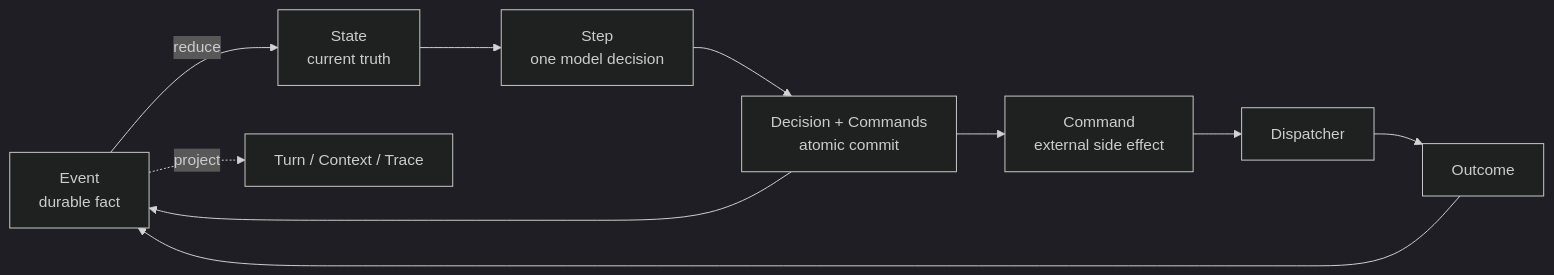
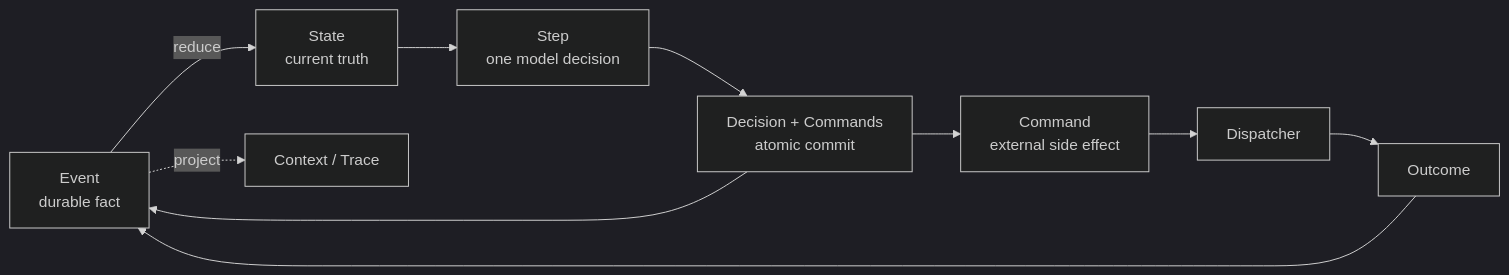
Before and after one commit to firetoweak/helperMe: the diagram in README.md, drawn with Mermaid (dark theme). The commit also changed other lines of this file and 4 other files, not shown here.

````diff
--- a/README.md
+++ b/README.md
@@ -114,12 +114,12 @@
 ```mermaid
 flowchart LR
     Event["Event<br/>durable fact"] -->|reduce| State["State<br/>current truth"]
     State --> Step["Step<br/>one model decision"]
     Step --> Commit["Decision + Commands<br/>atomic commit"]
     Commit --> Event
     Commit --> Command["Command<br/>external side effect"]
     Command --> Dispatcher["Dispatcher"]
     Dispatcher --> Outcome["Outcome"]
     Outcome --> Event
-    Event -. project .-> Views["Turn / Context / Trace"]
+    Event -. project .-> Views["Context / Trace"]
 ```
````
